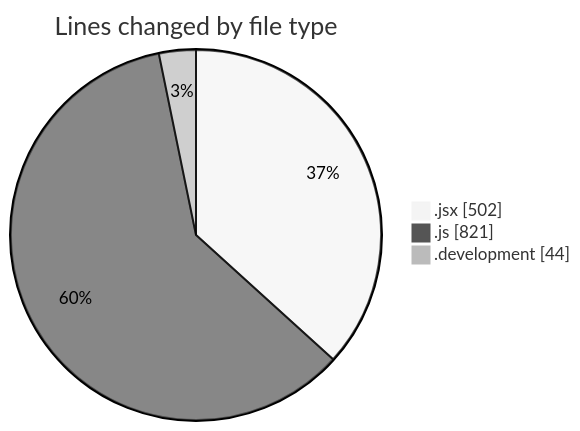
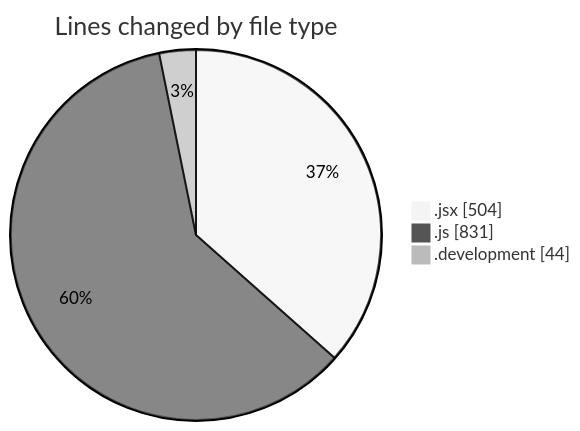
The first of 2 diagrams in 2025-12-02/nxtqube_webapp/README.md (nxtqubesakshisongat/code-tracking), drawn with Mermaid (neutral theme) before and after one commit. The commit also changed other lines of this file and 1 other file, not shown here.

````diff
--- a/2025-12-02/nxtqube_webapp/README.md
+++ b/2025-12-02/nxtqube_webapp/README.md
@@ -25,7 +25,7 @@
 ```mermaid
 pie showData
 title Lines changed by file type
-".jsx" : 502
-".js" : 821
+".jsx" : 504
+".js" : 831
 ".development" : 44
 ```
````
